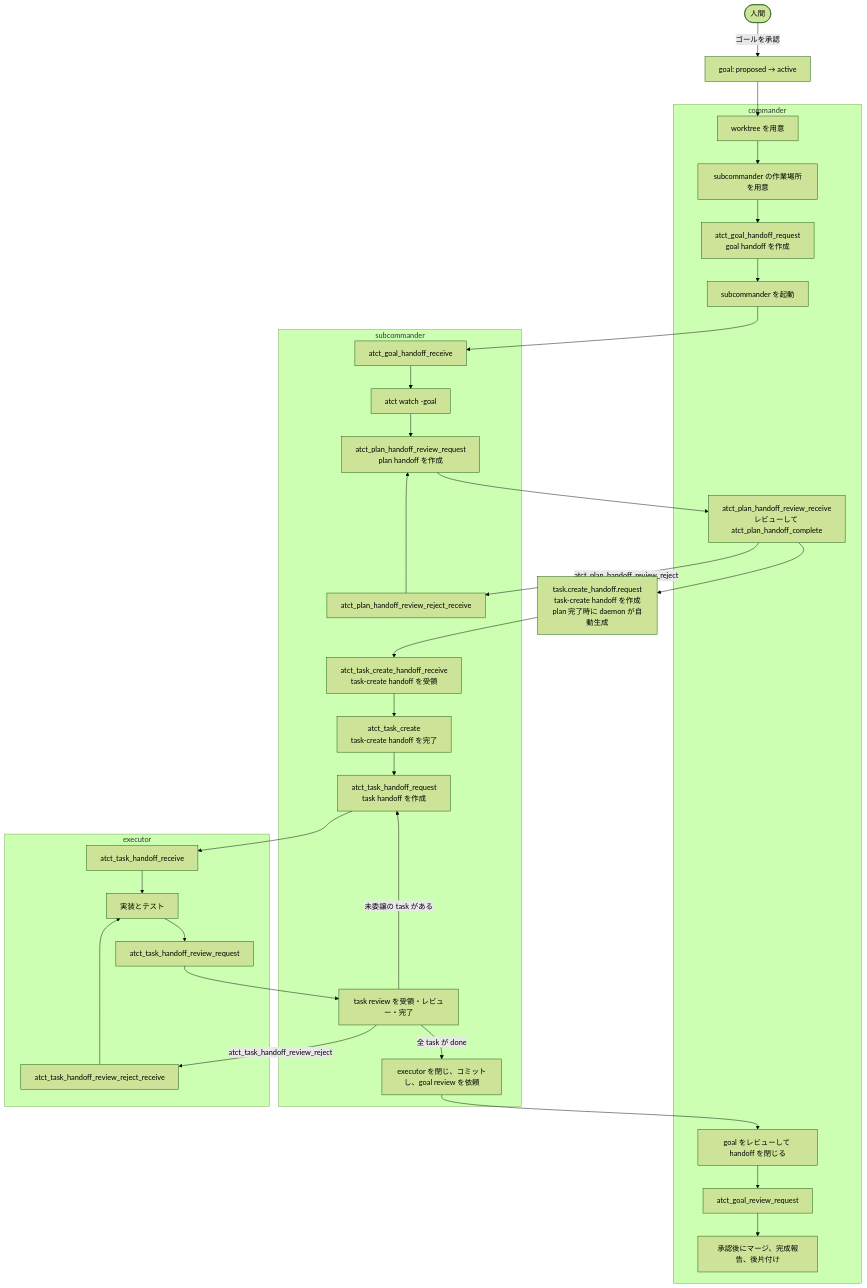
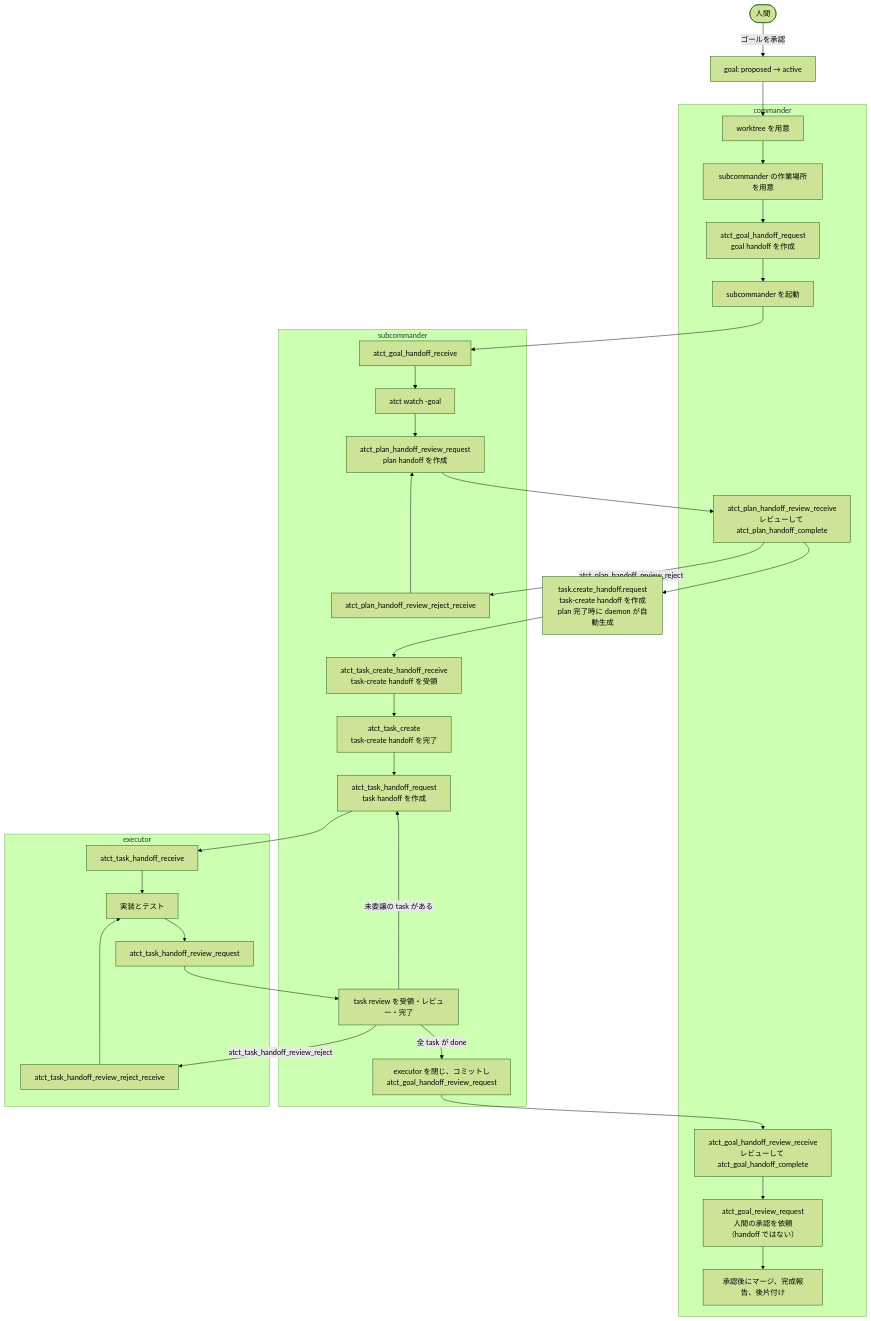
Before and after one commit to michiomochi/atct: the diagram in doc/execution-flow.md, drawn with Mermaid (forest theme). The commit also changed other lines of this file, not shown here.

Commit message:
docs: distinguish goal handoff and human review

````diff
--- a/doc/execution-flow.md
+++ b/doc/execution-flow.md
@@ -85,41 +85,41 @@
 ```mermaid
 flowchart TD
     H([人間]) -->|ゴールを承認| G[goal: proposed → active]
 
     subgraph C[commander]
         C1[worktree を用意]
         C2[subcommander の作業場所を用意]
         C3[atct_goal_handoff_request<br/>goal handoff を作成]
         C4[subcommander を起動]
         C5[atct_plan_handoff_review_receive<br/>レビューして atct_plan_handoff_complete]
-        C6[goal をレビューして handoff を閉じる]
-        C7[atct_goal_review_request]
+        C6[atct_goal_handoff_review_receive<br/>レビューして atct_goal_handoff_complete]
+        C7[atct_goal_review_request<br/>人間の承認を依頼（handoff ではない）]
         C8[承認後にマージ、完成報告、後片付け]
     end
 
     subgraph S[subcommander]
         S1[atct_goal_handoff_receive]
         S2[atct watch -goal]
         S3[atct_plan_handoff_review_request<br/>plan handoff を作成]
         S3R[atct_plan_handoff_review_reject_receive]
         S4[atct_task_create_handoff_receive<br/>task-create handoff を受領]
         S5[atct_task_create<br/>task-create handoff を完了]
         S6[atct_task_handoff_request<br/>task handoff を作成]
         S7[task review を受領・レビュー・完了]
-        S8[executor を閉じ、コミットし、goal review を依頼]
+        S8[executor を閉じ、コミットし<br/>atct_goal_handoff_review_request]
     end
 
     subgraph E[executor]
         E1[atct_task_handoff_receive]
         E2[実装とテスト]
         E3[atct_task_handoff_review_request]
         E4[atct_task_handoff_review_reject_receive]
     end
 
     TC[task.create_handoff.request<br/>task-create handoff を作成<br/>plan 完了時に daemon が自動生成]
     G --> C1 --> C2 --> C3 --> C4 --> S1 --> S2 --> S3 --> C5 --> TC --> S4 --> S5 --> S6 --> E1 --> E2 --> E3 --> S7
     S7 -->|未委譲の task がある| S6
     S7 -->|全 task が done| S8 --> C6 --> C7 --> C8
     C5 -->|atct_plan_handoff_review_reject| S3R --> S3
     S7 -->|atct_task_handoff_review_reject| E4 --> E2
 ```
````
